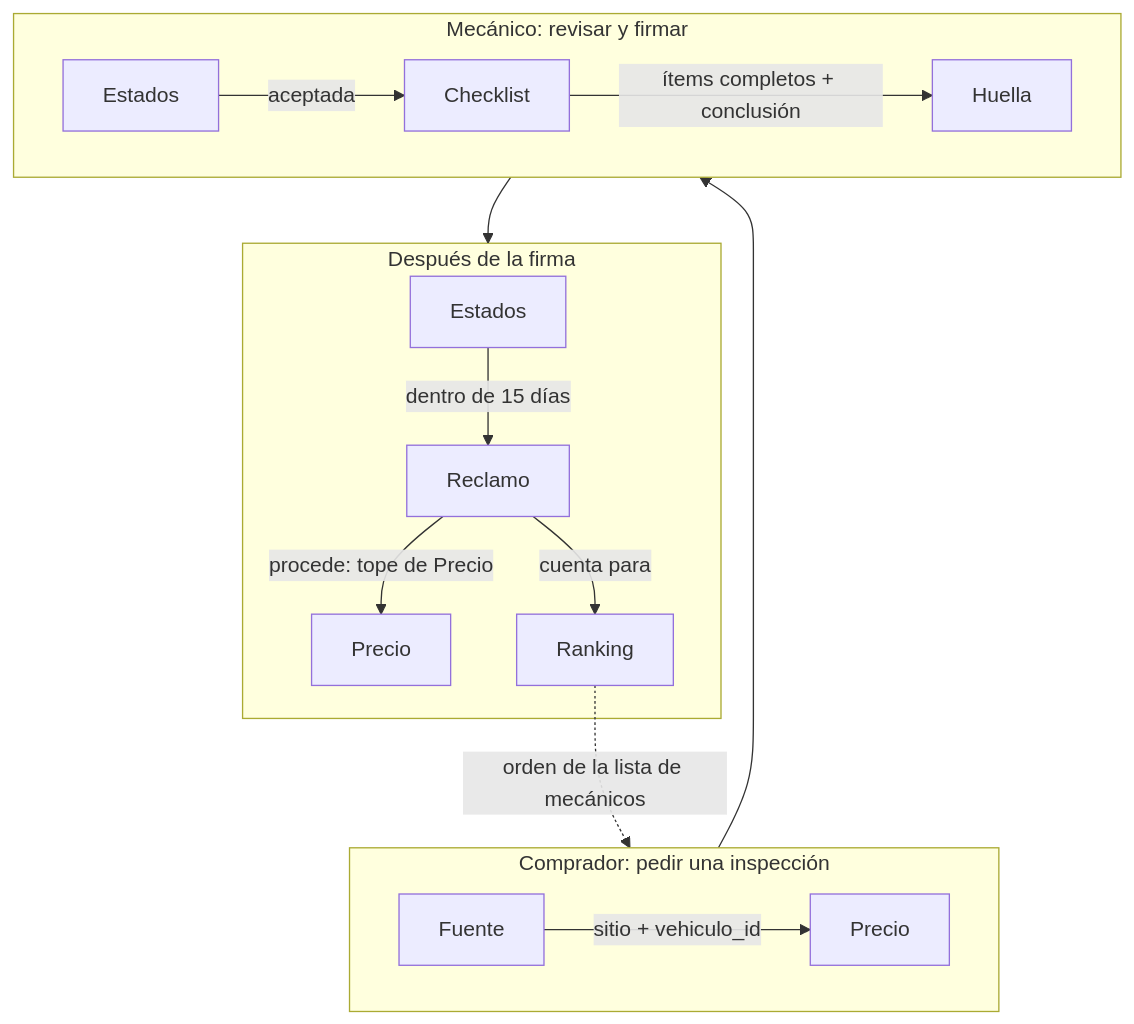
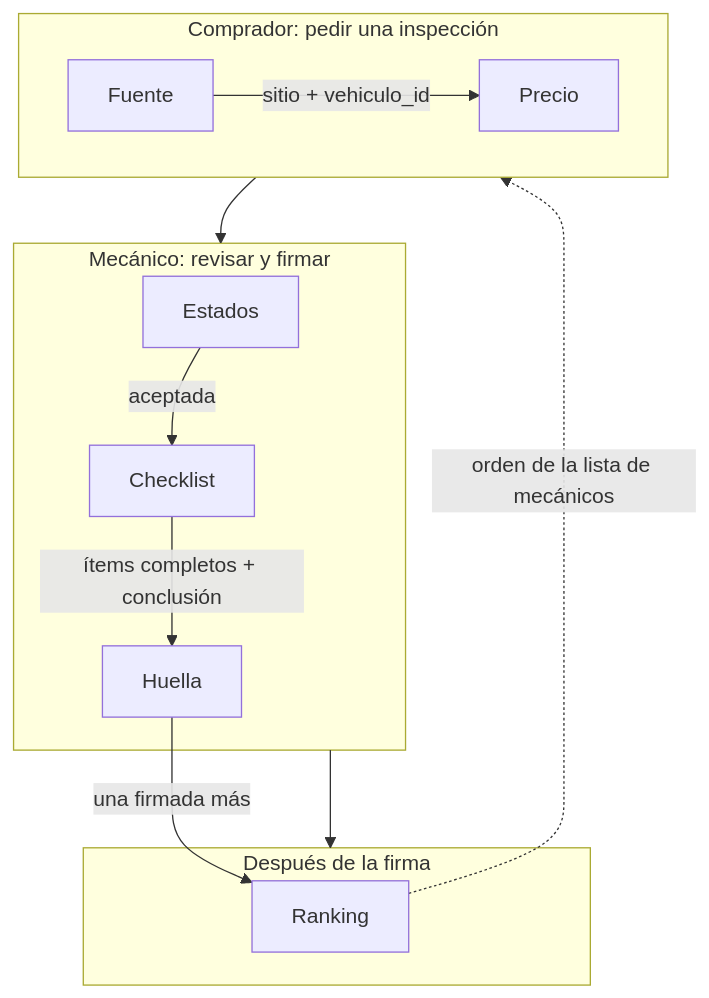
Before and after one commit to MateoPonti/AutoCarBackend: the first of 3 diagrams in docs/inspecciones.md, drawn with Mermaid. The commit also changed other lines of this file and 37 other files, not shown here.

````diff
--- a/docs/inspecciones.md
+++ b/docs/inspecciones.md
@@ -26,17 +28,15 @@
 ```mermaid
 flowchart TB
   subgraph Pedido["Comprador: pedir una inspección"]
     F[Fuente] -->|"sitio + vehiculo_id"| P[Precio]
   end
   subgraph Mecanico["Mecánico: revisar y firmar"]
     E1[Estados] -->|"aceptada"| C[Checklist]
     C -->|"ítems completos + conclusión"| H[Huella]
   end
   subgraph Despues["Después de la firma"]
-    E2[Estados] -->|"dentro de 15 días"| R[Reclamo]
-    R -->|"procede: tope de Precio"| P2[Precio]
-    R -->|"cuenta para"| K[Ranking]
+    H -->|"una firmada más"| K[Ranking]
   end
   Pedido --> Mecanico --> Despues
   K -.->|"orden de la lista de mecánicos"| Pedido
 ```
````
